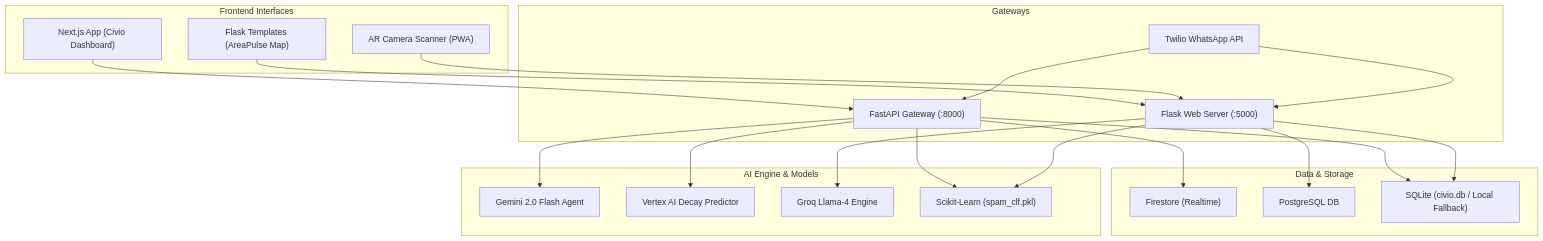
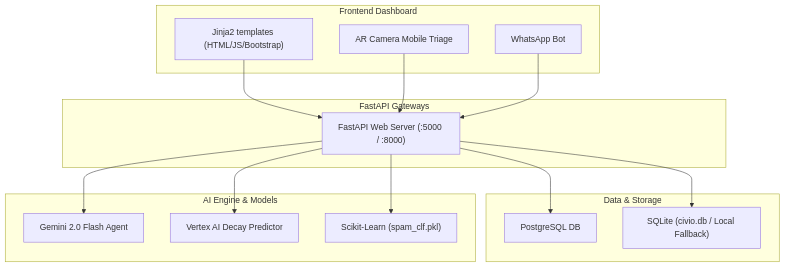
One commit to vedanthk-engr/Civio changed the diagram in README.md. Above: the diagram before and after it, drawn with Mermaid. The commit also changed other lines of this file and 29 other files, not shown here.

Commit message:
refactor: delete legacy Next.js frontend and consolidate into single-engine FastAPI app

````diff
--- a/README.md
+++ b/README.md
@@ -56,43 +56,36 @@
 ```mermaid
 graph TD
     %% Clients
-    subgraph Clients [Frontend Interfaces]
-        NextJS["Next.js App (Civio Dashboard)"]
-        FlaskUI["Flask Templates (AreaPulse Map)"]
-        ARCam["AR Camera Scanner (PWA)"]
+    subgraph Clients [Frontend Dashboard]
+        LeafletUI["Jinja2 templates (HTML/JS/Bootstrap)"]
+        ARCam["AR Camera Mobile Triage"]
+        WhatsApp["WhatsApp Bot"]
     end
 
     %% Webhook & Routers
-    subgraph Gateways [Gateways]
-        FastAPIGw["FastAPI Gateway (:8000)"]
-        FlaskGw["Flask Web Server (:5000)"]
-        Twilio["Twilio WhatsApp API"]
+    subgraph Gateways [FastAPI Gateways]
+        FastAPIGw["FastAPI Web Server (:5000 / :8000)"]
     end
 
     %% Databases
     subgraph StorageLayer [Data & Storage]
-        Firestore["Firestore (Realtime)"]
         Postgres["PostgreSQL DB"]
         SQLiteDB["SQLite (civio.db / Local Fallback)"]
     end
 
     %% AI Engines
     subgraph AIEngines [AI Engine & Models]
         GeminiEngine["Gemini 2.0 Flash Agent"]
         VertexEngine["Vertex AI Decay Predictor"]
-        GroqEngine["Groq Llama-4 Engine"]
         SpamML["Scikit-Learn (spam_clf.pkl)"]
     end
 
     %% Connections
-    NextJS --> FastAPIGw
-    FlaskUI --> FlaskGw
-    ARCam --> FlaskGw
-    Twilio --> FastAPIGw & FlaskGw
+    LeafletUI --> FastAPIGw
+    ARCam --> FastAPIGw
+    WhatsApp --> FastAPIGw
 
-    FastAPIGw --> SQLiteDB & Firestore
-    FlaskGw --> Postgres & SQLiteDB
+    FastAPIGw --> SQLiteDB & Postgres
 
     FastAPIGw --> GeminiEngine & VertexEngine & SpamML
-    FlaskGw --> GroqEngine & SpamML
 ```
````
